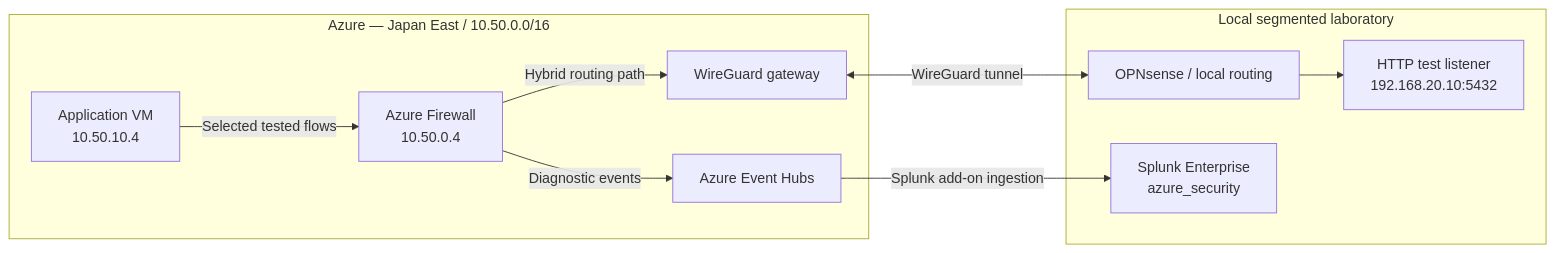
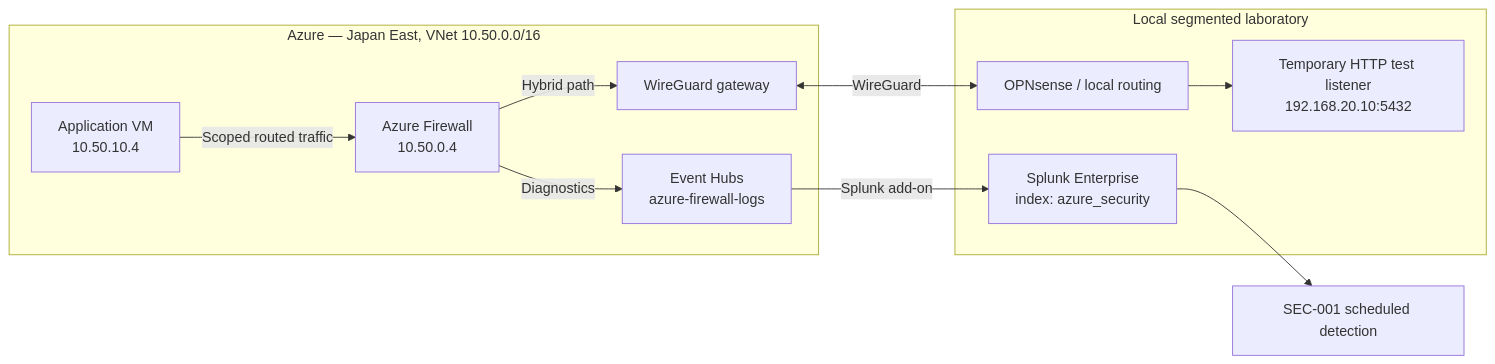
The diagram in enterprise-azure-security-architecture/03-target-security-architecture.md (soallahim/security-architecture-portfolio), drawn with Mermaid before and after one commit. The commit also changed other lines of this file, not shown here.

Commit message:
Rebuild 03-target-security-architecture.md as current-state evidence-based security architecture document

````diff
--- a/enterprise-azure-security-architecture/03-target-security-architecture.md
+++ b/enterprise-azure-security-architecture/03-target-security-architecture.md
@@ -7,20 +11,21 @@
 ```mermaid
 flowchart LR
-    subgraph LOCAL["Local segmented laboratory"]
-      TEST["HTTP test listener\n192.168.20.10:5432"]
-      OPN["OPNsense / local routing"]
-      SPL["Splunk Enterprise\nazure_security"]
-    end
-    subgraph AZURE["Azure — Japan East / 10.50.0.0/16"]
+    subgraph AZ["Azure — Japan East, VNet 10.50.0.0/16"]
       APP["Application VM\n10.50.10.4"]
       FW["Azure Firewall\n10.50.0.4"]
       WG["WireGuard gateway"]
-      EH["Azure Event Hubs"]
+      EH["Event Hubs\nazure-firewall-logs"]
     end
-    APP -->|"Selected tested flows"| FW
-    FW -->|"Hybrid routing path"| WG
-    WG <-->|"WireGuard tunnel"| OPN
-    OPN --> TEST
-    FW -->|"Diagnostic events"| EH
-    EH -->|"Splunk add-on ingestion"| SPL
+    subgraph LOCAL["Local segmented laboratory"]
+      OP["OPNsense / local routing"]
+      DB["Temporary HTTP test listener\n192.168.20.10:5432"]
+      SP["Splunk Enterprise\nindex: azure_security"]
+    end
+    APP -->|"Scoped routed traffic"| FW
+    FW -->|"Hybrid path"| WG
+    WG <-->|"WireGuard"| OP
+    OP --> DB
+    FW -->|"Diagnostics"| EH
+    EH -->|"Splunk add-on"| SP
+    SP --> DET["SEC-001 scheduled detection"]
 ```
````
